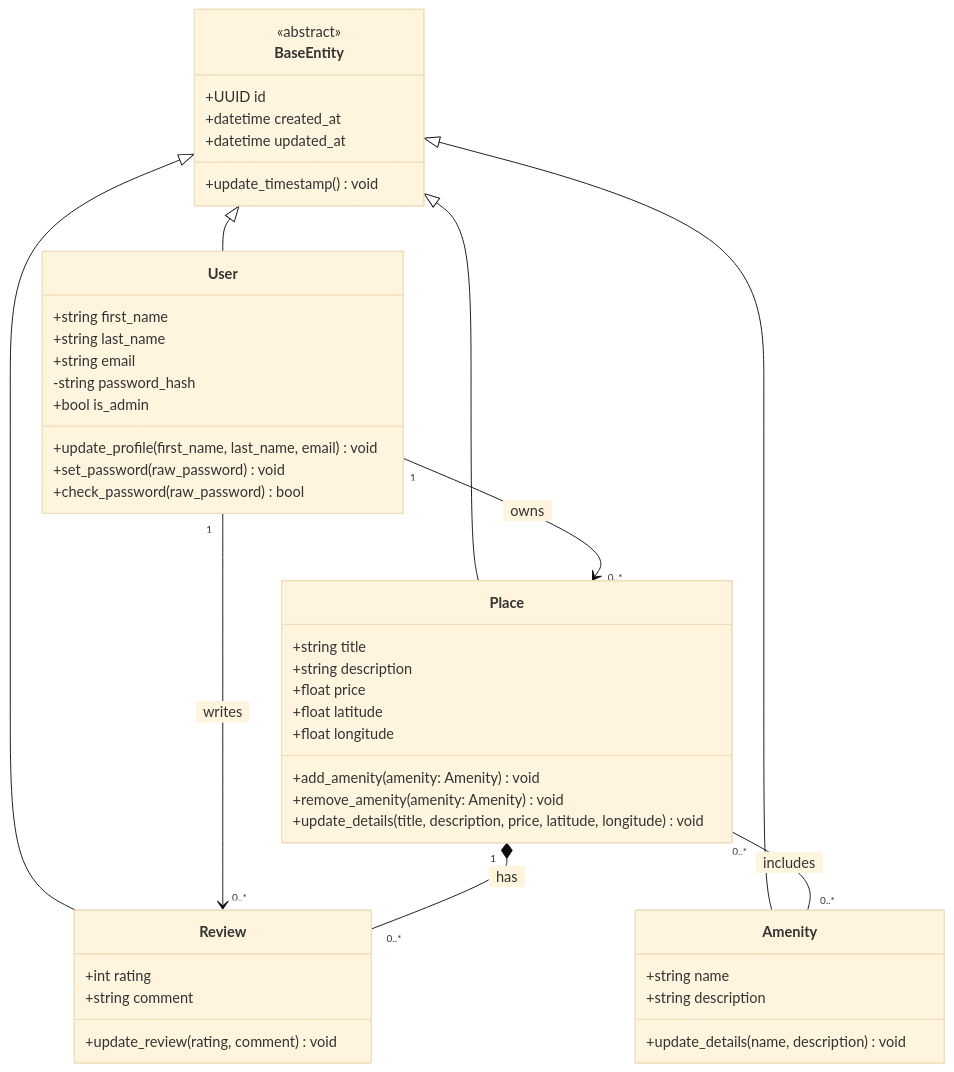
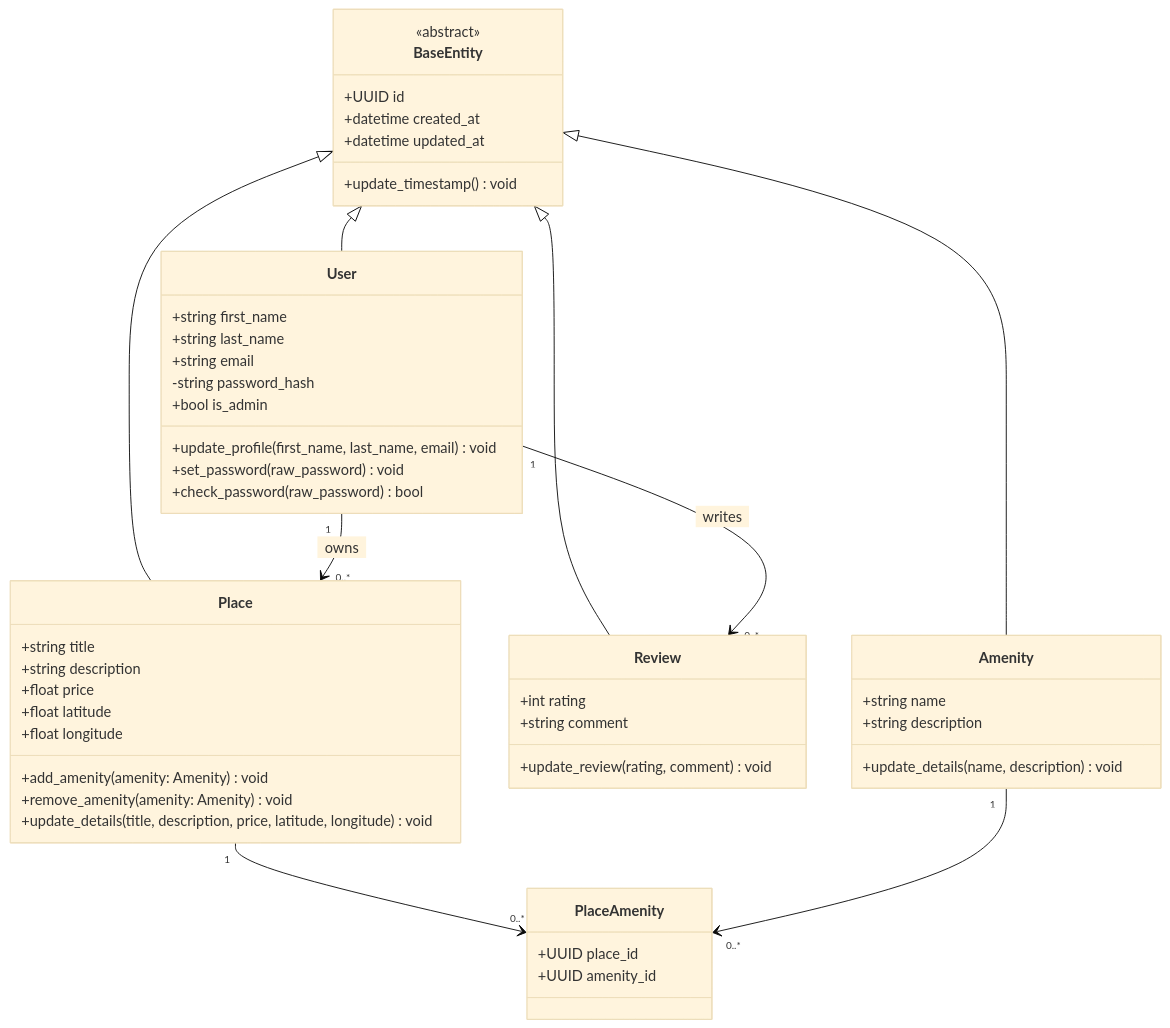
One commit to Aythann/holbertonschool-hbnb changed the diagram in part1/02_class_diagram.mmd. Above: the diagram before and after it, drawn with Mermaid (base theme).

Commit message:
Fix after Manual review

```diff
--- a/part1/02_class_diagram.mmd
+++ b/part1/02_class_diagram.mmd
@@ -1,54 +1,59 @@
 classDiagram
 
 class BaseEntity {
   <<abstract>>
   +UUID id
   +datetime created_at
   +datetime updated_at
   +update_timestamp() void
 }
 
 class User {
   +string first_name
   +string last_name
   +string email
   -string password_hash
   +bool is_admin
   +update_profile(first_name, last_name, email) void
   +set_password(raw_password) void
   +check_password(raw_password) bool
 }
 
 class Place {
   +string title
   +string description
   +float price
   +float latitude
   +float longitude
   +add_amenity(amenity: Amenity) void
   +remove_amenity(amenity: Amenity) void
   +update_details(title, description, price, latitude, longitude) void
 }
 
 class Review {
   +int rating
   +string comment
   +update_review(rating, comment) void
 }
 
 class Amenity {
   +string name
   +string description
   +update_details(name, description) void
 }
 
+class PlaceAmenity {
+  +UUID place_id
+  +UUID amenity_id
+}
+
 BaseEntity <|-- User
 BaseEntity <|-- Place
 BaseEntity <|-- Review
 BaseEntity <|-- Amenity
 
 User "1" --> "0..*" Place : &nbsp owns &nbsp
 User "1" --> "0..*" Review : &nbsp writes &nbsp
 
-Place "1" *-- "0..*" Review : &nbsp has &nbsp
-Place "0..*" -- "0..*" Amenity : &nbsp includes &nbsp
+Place "1" --> "0..*" PlaceAmenity
+Amenity "1" --> "0..*" PlaceAmenity
```
